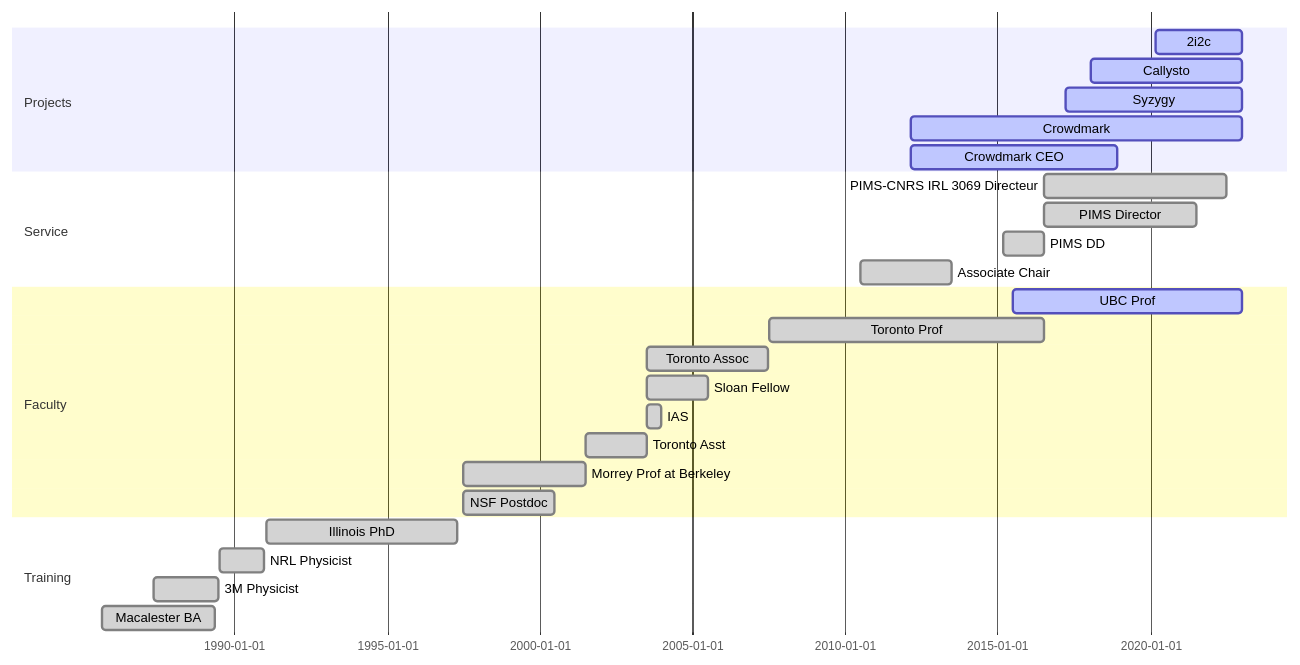
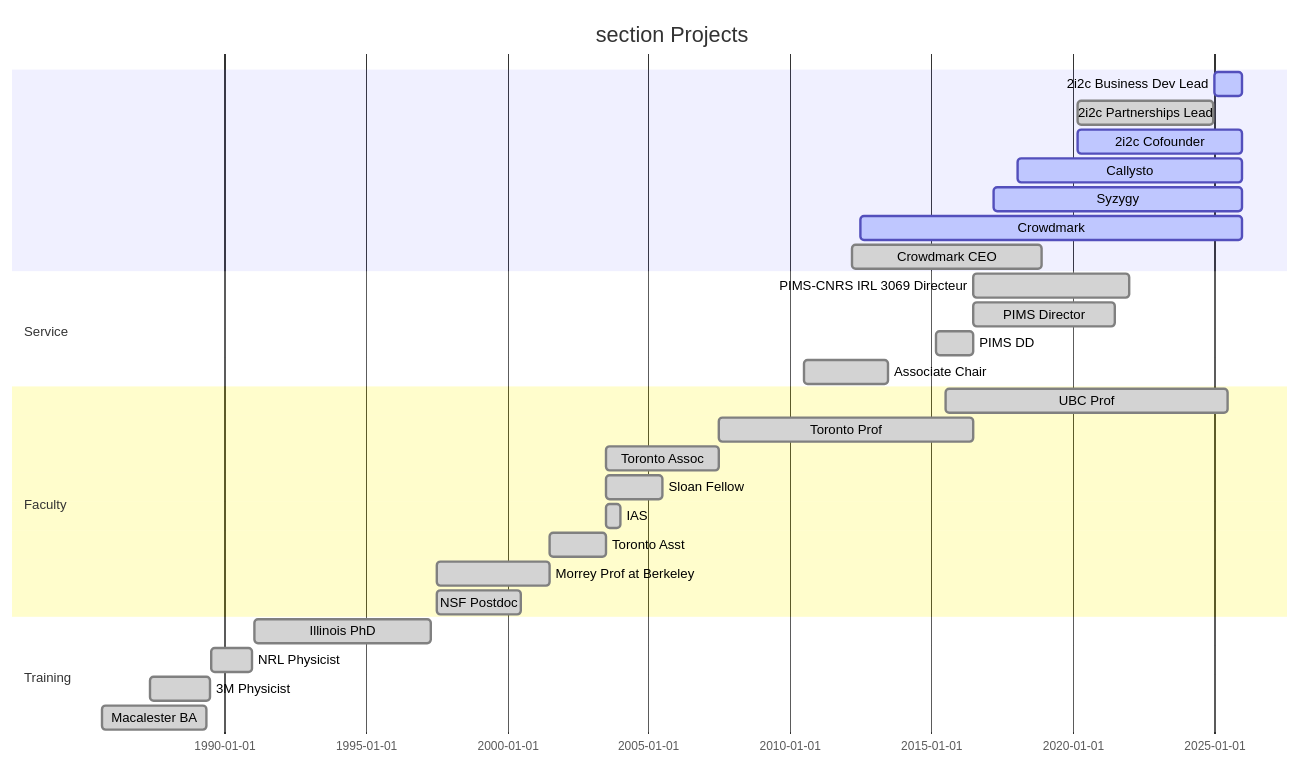
The diagram in content/home/gantt.md (colliand/colliand-academic), drawn with Mermaid before and after one commit. The commit also changed 1 other file, not shown here.

Commit message:
Add missing authors to Scatterplot publication and update Gantt timeline
Scatterplot Publication:
- Added all co-authors: Connor Gregor, Caroline Junkins, Lindsey Daniels
- Updated publication date to October 16, 2025

Gantt Chart Timeline:
- Added 2i2c Business Development Lead role (2025-present)
- Added 2i2c Partnerships Lead role (2020-2024)
- Updated UBC Professor end date to June 30, 2025
- Updated PIMS-CNRS IRL Directeur end date to December 31, 2021
- Updated Crowdmark dates and CEO role end date
- Extended timeline to end of 2025 for all active positions
- Marked completed positions appropriately

🤖 Generated with [Claude Code](https://claude.com/claude-code)

````diff
--- a/content/home/gantt.md
+++ b/content/home/gantt.md
@@ -14,30 +14,32 @@
 ```mermaid
 gantt
     dateFormat  YYYY-MM-DD
-    title      
+    title
     section Projects
-    2i2c  :active, p5, 2020-02-25,2022-12-31
-    Callysto :active, p4, 2018-01-15,2022-12-31
-    Syzygy :active, p3, 2017-03-15, 2022-12-31
-    Crowdmark :active, p2, 2012-03-01, 2022-12-31
-    Crowdmark CEO :active, p1, 2012-03-01, 2018-11-30
-    section Service 
-    PIMS-CNRS IRL 3069 Directeur :done, 2016-07-01, 2022-06-30
-    PIMS Director :done, a4, 2016-07-01, 2021-06-30
+    2i2c Business Dev Lead  :active, p7, 2025-01-01, 2025-12-31
+    2i2c Partnerships Lead  :done, p6, 2020-03-01, 2024-12-31
+    2i2c Cofounder :active, p5, 2020-03-01, 2025-12-31
+    Callysto :active, p4, 2018-01-15, 2025-12-31
+    Syzygy :active, p3, 2017-03-15, 2025-12-31
+    Crowdmark :active, p2, 2012-06-29, 2025-12-31
+    Crowdmark CEO :done, p1, 2012-03-15, 2018-12-01
+    section Service
+    PIMS-CNRS IRL 3069 Directeur :done, 2016-07-01, 2021-12-31
+    PIMS Director :done, a4, 2016-07-01, 2021-07-01
     PIMS DD :done, a3, 2015-03-01, 2016-06-30
     Associate Chair :done, a2, 2010-07-01, 2013-06-30
     section Faculty
-    UBC Prof      :active, f6, 2015-07-01, 2022-12-31
+    UBC Prof      :done, f6, 2015-07-01, 2025-06-30
     Toronto Prof  :done, f5, 2007-07-01, 2016-06-30
-    Toronto Assoc :done, f2, 2003-07-01,2007-06-30
+    Toronto Assoc :done, f2, 2003-07-01, 2007-06-30
     Sloan Fellow  :done, f3, 2003-07-01, 2005-06-30
-    IAS    :done, f4, 2003-07-01, 2003-12-31 
+    IAS    :done, f4, 2003-07-01, 2003-12-31
     Toronto Asst  :done, f1, 2001-07-03, 2003-06-30
     Morrey Prof at Berkeley  :done, t5, 1997-07-01, 2001-06-30
     NSF Postdoc   :done, t6, 1997-07-01, 2000-06-30
     section Training
     Illinois PhD  :done, t4, 1991-01-15, 1997-04-15
-    NRL Physicist :done, t3, 1989-07-15, 1990-12-15 
+    NRL Physicist :done, t3, 1989-07-15, 1990-12-15
     3M Physicist     :done, t2, 1987-05-15, 1989-06-30
     Macalester BA :done, t1, 1985-09-01, 1989-05-15
 ```
````
